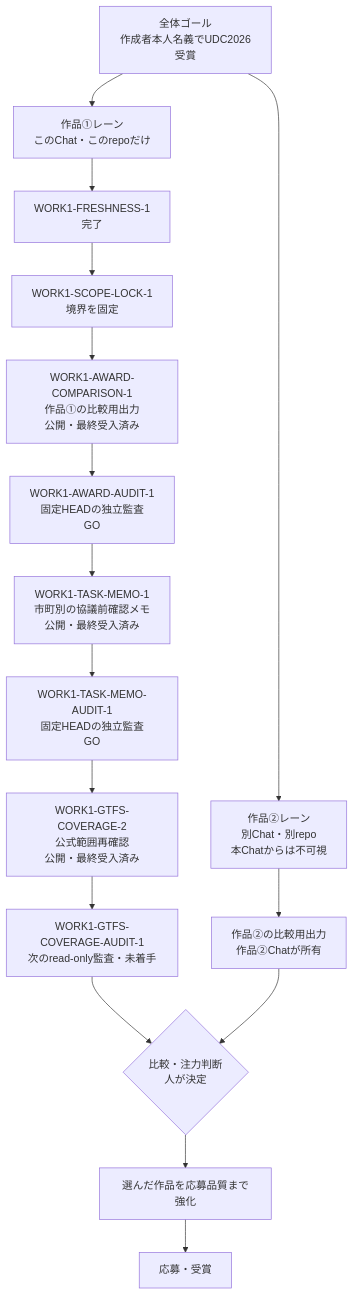
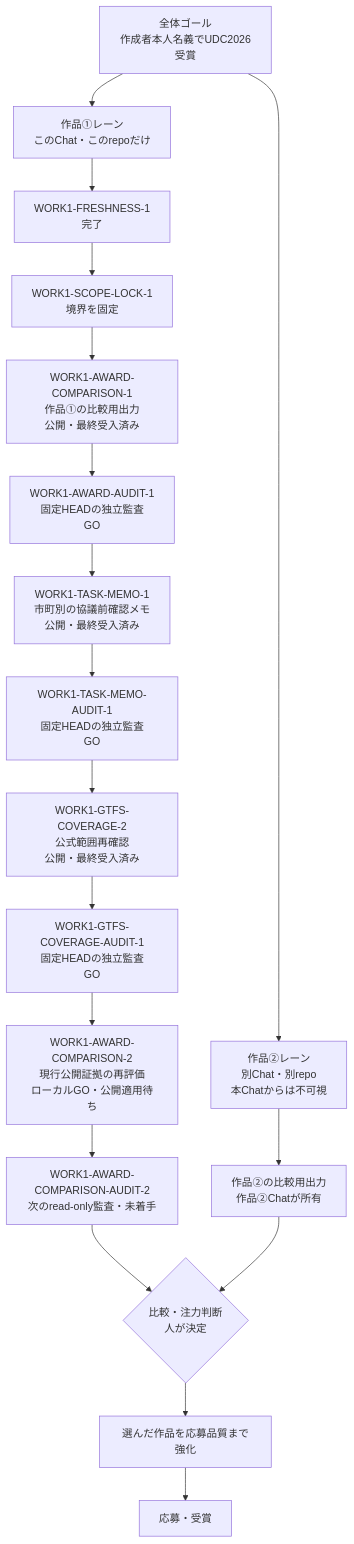
Before and after one commit to yyy-yuichi/yamaguchi-yusho-data: the diagram in WORK_SCOPE.md, drawn with Mermaid. The commit also changed other lines of this file and 12 other files, not shown here.

Commit message:
Refresh Work1 award comparison evidence

````diff
--- a/WORK_SCOPE.md
+++ b/WORK_SCOPE.md
@@ -20,24 +20,26 @@
 ```mermaid
 flowchart TD
     G["全体ゴール<br/>作成者本人名義でUDC2026受賞"]
     W1["作品①レーン<br/>このChat・このrepoだけ"]
     W2["作品②レーン<br/>別Chat・別repo<br/>本Chatからは不可視"]
     F["WORK1-FRESHNESS-1<br/>完了"]
     L["WORK1-SCOPE-LOCK-1<br/>境界を固定"]
     C1["WORK1-AWARD-COMPARISON-1<br/>作品①の比較用出力<br/>公開・最終受入済み"]
     A1["WORK1-AWARD-AUDIT-1<br/>固定HEADの独立監査<br/>GO"]
     M1["WORK1-TASK-MEMO-1<br/>市町別の協議前確認メモ<br/>公開・最終受入済み"]
     A2["WORK1-TASK-MEMO-AUDIT-1<br/>固定HEADの独立監査<br/>GO"]
     V1["WORK1-GTFS-COVERAGE-2<br/>公式範囲再確認<br/>公開・最終受入済み"]
-    V2["WORK1-GTFS-COVERAGE-AUDIT-1<br/>次のread-only監査・未着手"]
+    V2["WORK1-GTFS-COVERAGE-AUDIT-1<br/>固定HEADの独立監査<br/>GO"]
+    C3["WORK1-AWARD-COMPARISON-2<br/>現行公開証拠の再評価<br/>ローカルGO・公開適用待ち"]
+    C4["WORK1-AWARD-COMPARISON-AUDIT-2<br/>次のread-only監査・未着手"]
     C2["作品②の比較用出力<br/>作品②Chatが所有"]
     D{"比較・注力判断<br/>人が決定"}
     S["選んだ作品を応募品質まで強化"]
     A["応募・受賞"]
 
     G --> W1
     G --> W2
-    W1 --> F --> L --> C1 --> A1 --> M1 --> A2 --> V1 --> V2 --> D
+    W1 --> F --> L --> C1 --> A1 --> M1 --> A2 --> V1 --> V2 --> C3 --> C4 --> D
     W2 --> C2 --> D
     D --> S --> A
 ```
````
